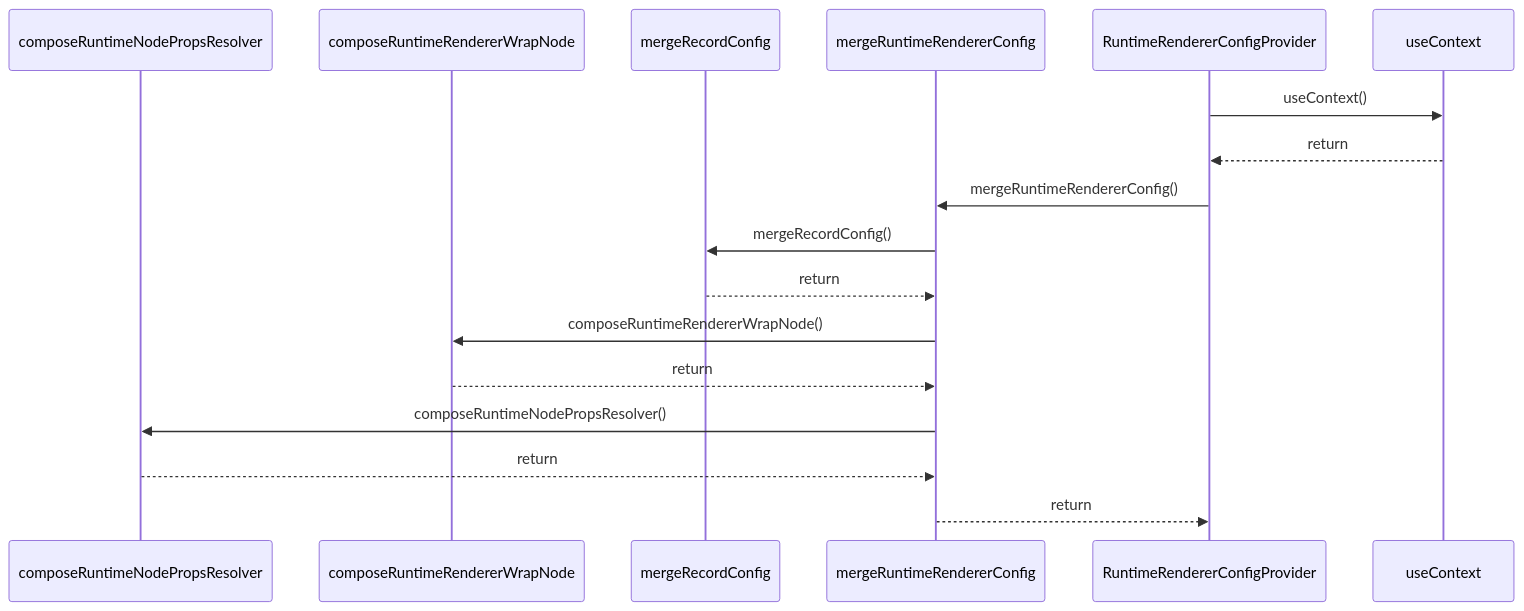
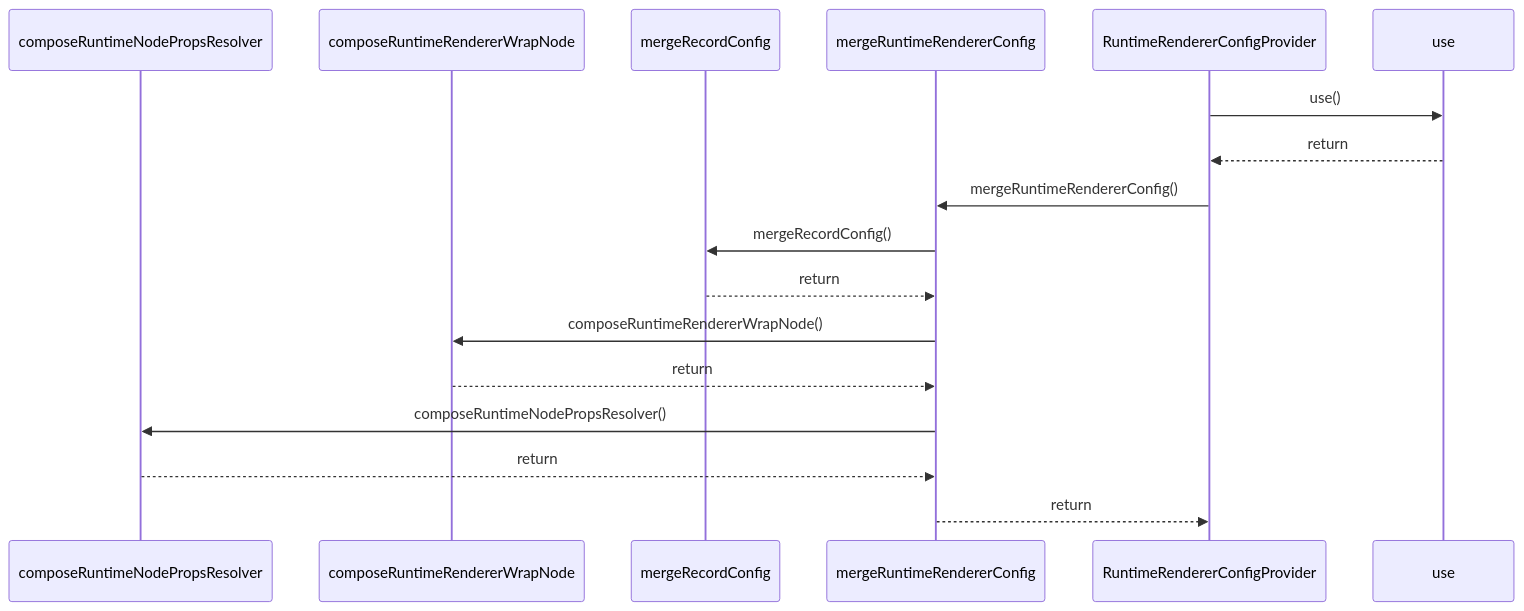
The diagram in paradox/diagrams/sequences/runtime-renderer-config-provider.mmd (ankhorage/runtime), drawn with Mermaid before and after one commit. The commit also changed 41 other files, not shown here.

```diff
--- a/paradox/diagrams/sequences/runtime-renderer-config-provider.mmd
+++ b/paradox/diagrams/sequences/runtime-renderer-config-provider.mmd
@@ -1,17 +1,17 @@
 sequenceDiagram
   participant participant_composeRuntimeNodePropsResolver as composeRuntimeNodePropsResolver
   participant participant_composeRuntimeRendererWrapNode as composeRuntimeRendererWrapNode
   participant participant_mergeRecordConfig as mergeRecordConfig
   participant participant_mergeRuntimeRendererConfig as mergeRuntimeRendererConfig
   participant participant_RuntimeRendererConfigProvider as RuntimeRendererConfigProvider
-  participant participant_useContext as useContext
-  participant_RuntimeRendererConfigProvider->>participant_useContext: useContext()
-  participant_useContext-->>participant_RuntimeRendererConfigProvider: return
+  participant participant_use as use
+  participant_RuntimeRendererConfigProvider->>participant_use: use()
+  participant_use-->>participant_RuntimeRendererConfigProvider: return
   participant_RuntimeRendererConfigProvider->>participant_mergeRuntimeRendererConfig: mergeRuntimeRendererConfig()
   participant_mergeRuntimeRendererConfig->>participant_mergeRecordConfig: mergeRecordConfig()
   participant_mergeRecordConfig-->>participant_mergeRuntimeRendererConfig: return
   participant_mergeRuntimeRendererConfig->>participant_composeRuntimeRendererWrapNode: composeRuntimeRendererWrapNode()
   participant_composeRuntimeRendererWrapNode-->>participant_mergeRuntimeRendererConfig: return
   participant_mergeRuntimeRendererConfig->>participant_composeRuntimeNodePropsResolver: composeRuntimeNodePropsResolver()
   participant_composeRuntimeNodePropsResolver-->>participant_mergeRuntimeRendererConfig: return
   participant_mergeRuntimeRendererConfig-->>participant_RuntimeRendererConfigProvider: return
```
